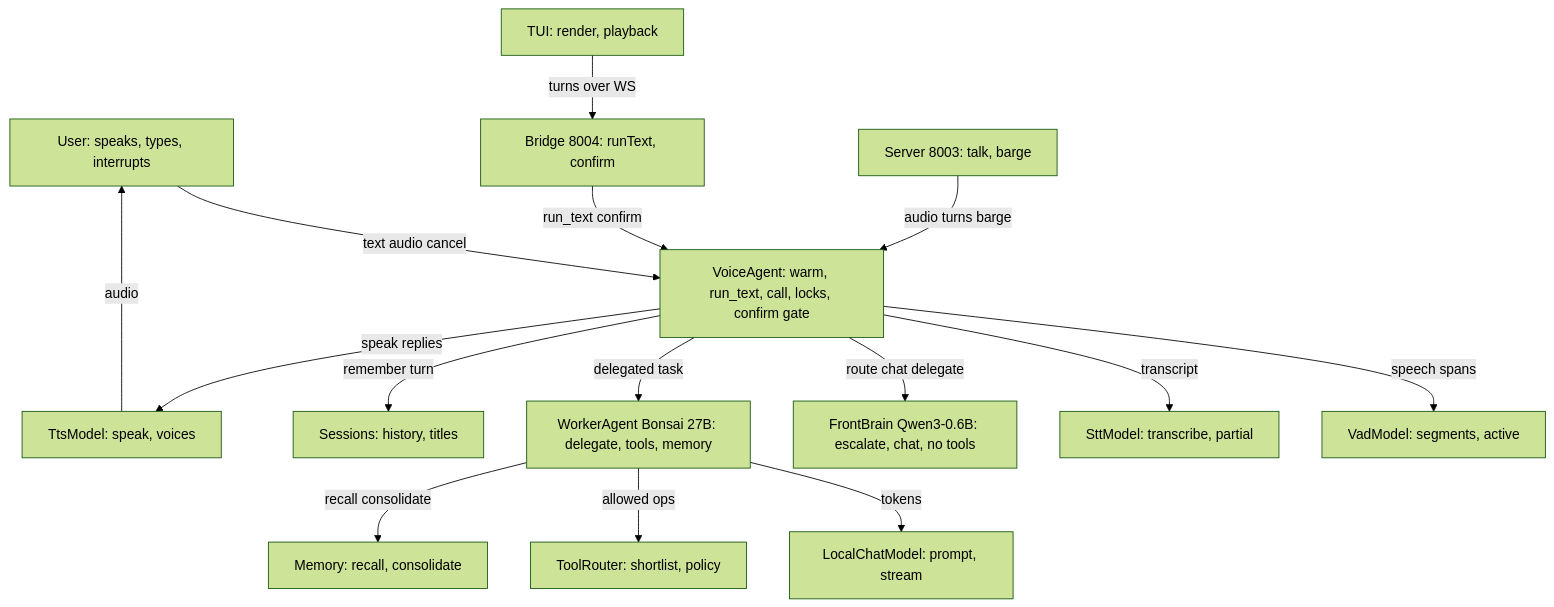
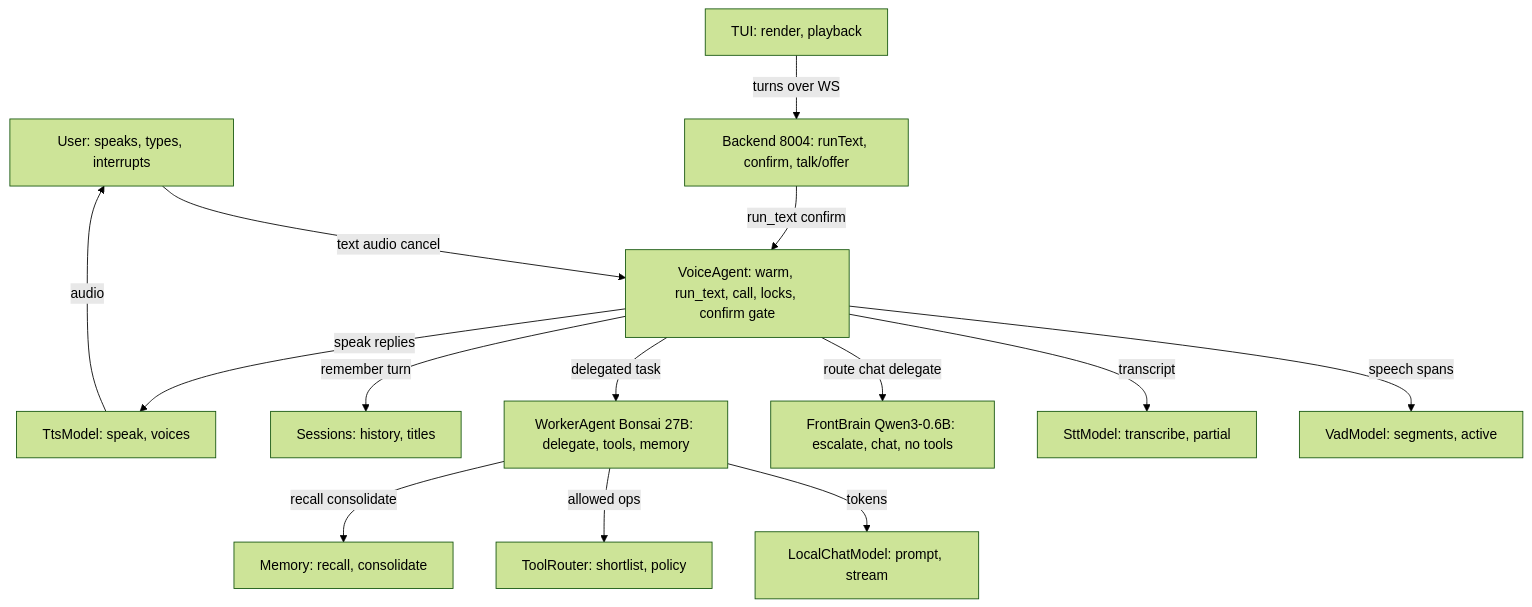
The first of 2 diagrams in docs/ARCHITECTURE.md (Se00n00/VoiceRT), drawn with Mermaid (forest theme) before and after one commit. The commit also changed other lines of this file and 87 other files, not shown here.

````diff
--- a/docs/ARCHITECTURE.md
+++ b/docs/ARCHITECTURE.md
@@ -10,31 +13,29 @@
 ```mermaid
 flowchart TD
     User["User: speaks, types, interrupts"]
     VoiceAgent["VoiceAgent: warm, run_text, call, locks, confirm gate"]
     VadModel["VadModel: segments, active"]
     SttModel["SttModel: transcribe, partial"]
     FrontBrain["FrontBrain Qwen3-0.6B: escalate, chat, no tools"]
     WorkerAgent["WorkerAgent Bonsai 27B: delegate, tools, memory"]
     LocalChatModel["LocalChatModel: prompt, stream"]
     TtsModel["TtsModel: speak, voices"]
     ToolRouter["ToolRouter: shortlist, policy"]
     Memory["Memory: recall, consolidate"]
     Sessions["Sessions: history, titles"]
-    Bridge["Bridge 8004: runText, confirm"]
-    Server["Server 8003: talk, barge"]
+    Bridge["Backend 8004: runText, confirm, talk/offer"]
     TUI["TUI: render, playback"]
     User -->|text audio cancel| VoiceAgent
     VoiceAgent -->|speech spans| VadModel
     VoiceAgent -->|transcript| SttModel
     VoiceAgent -->|route chat delegate| FrontBrain
     VoiceAgent -->|delegated task| WorkerAgent
     WorkerAgent -->|tokens| LocalChatModel
     WorkerAgent -->|allowed ops| ToolRouter
     WorkerAgent -->|recall consolidate| Memory
     VoiceAgent -->|remember turn| Sessions
     VoiceAgent -->|speak replies| TtsModel
     TtsModel -->|audio| User
     Bridge -->|run_text confirm| VoiceAgent
-    Server -->|audio turns barge| VoiceAgent
     TUI -->|turns over WS| Bridge
 ```
````
